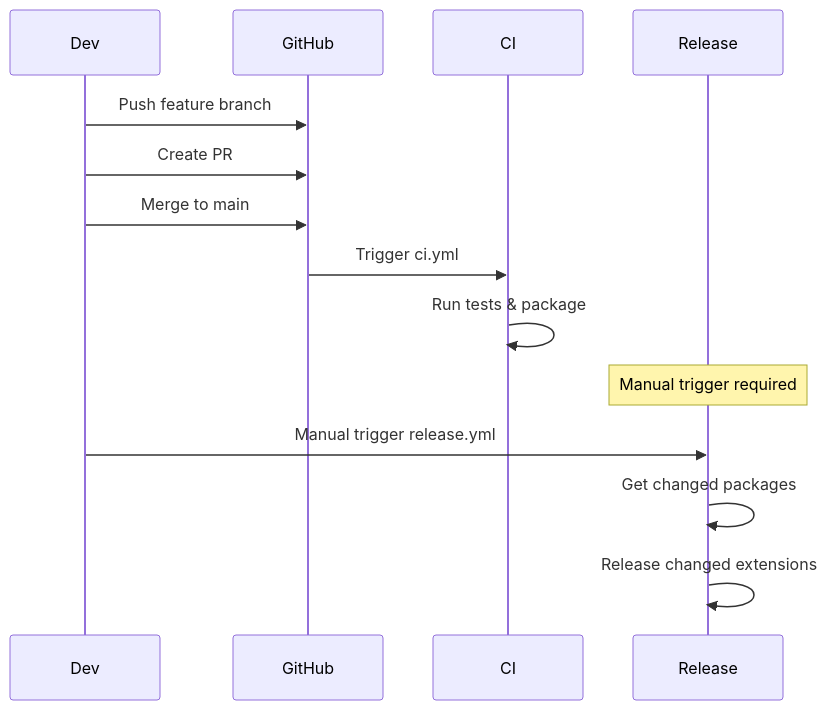
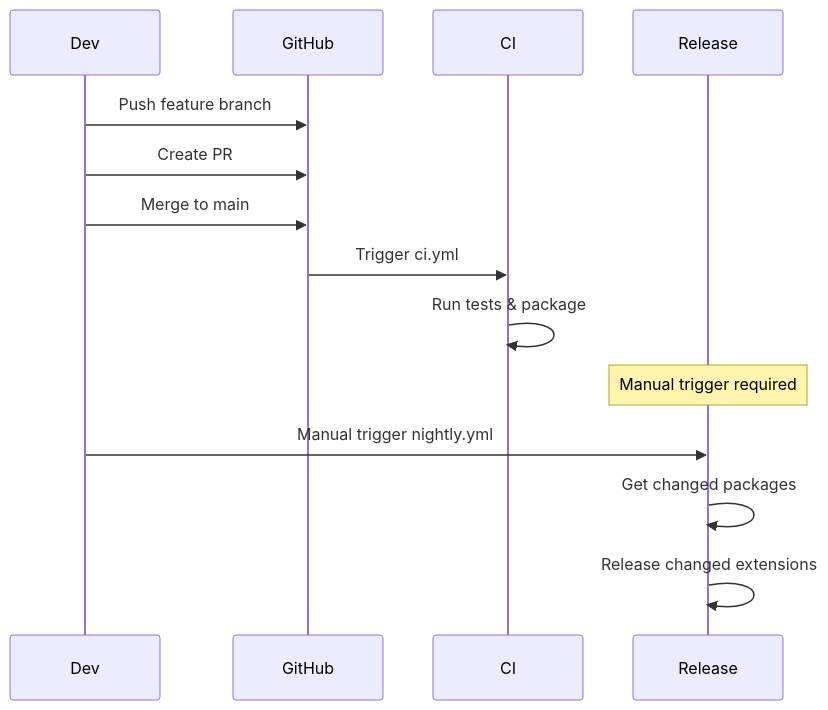
The sixth of 8 diagrams in .github/workflows/README.md (forcedotcom/apex-language-support), drawn with Mermaid before and after one commit. The commit also changed other lines of this file and 25 other files, not shown here.

First line of the commit message:
[W-21445974] ci: implement 3-tier extension release cadence and nightly hardening (#219)

````diff
--- a/.github/workflows/README.md
+++ b/.github/workflows/README.md
@@ -416,17 +389,17 @@
 ```mermaid
 sequenceDiagram
     participant Dev
     participant GitHub
     participant CI
     participant Release
 
     Dev->>GitHub: Push feature branch
     Dev->>GitHub: Create PR
     Dev->>GitHub: Merge to main
     GitHub->>CI: Trigger ci.yml
     CI->>CI: Run tests & package
     Note over Release: Manual trigger required
-    Dev->>Release: Manual trigger release.yml
+    Dev->>Release: Manual trigger nightly.yml
     Release->>Release: Get changed packages
     Release->>Release: Release changed extensions
 ```
````
